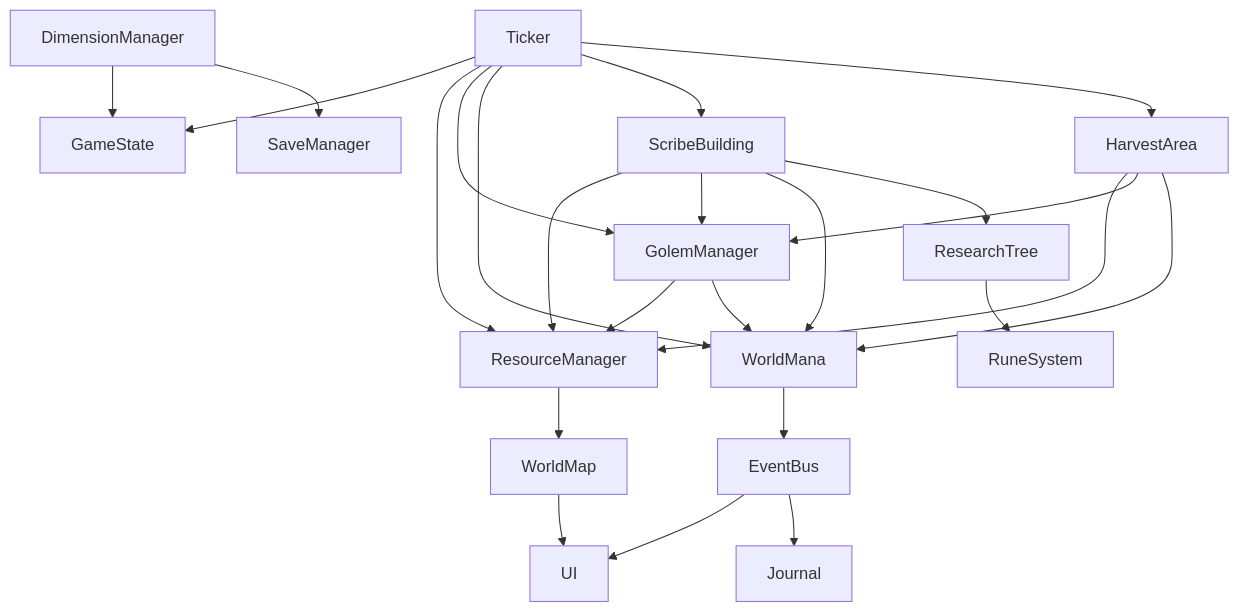
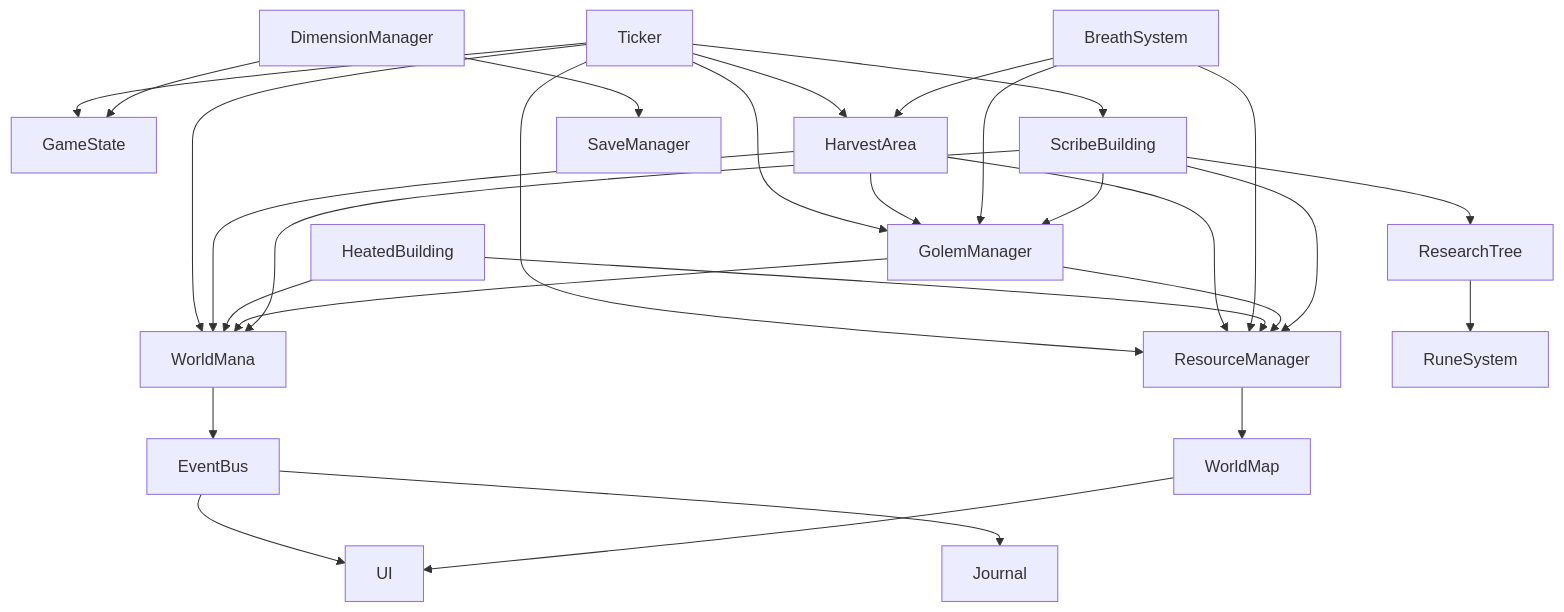
One commit to Fernafalej/IncreMagic-2 changed the diagram in INCREMAGIC_MASTER.md. Above: the diagram before and after it, drawn with Mermaid. The commit also changed other lines of this file and 24 other files, not shown here.

````diff
--- a/INCREMAGIC_MASTER.md
+++ b/INCREMAGIC_MASTER.md
@@ -78,30 +80,37 @@
 ```mermaid
 graph TD
     Ticker --> GameState
     Ticker --> ResourceManager
     Ticker --> GolemManager
     Ticker --> WorldMana
     Ticker --> ScribeBuilding
     Ticker --> HarvestArea
 
     HarvestArea --> ResourceManager
     HarvestArea --> GolemManager
     HarvestArea --> WorldMana
+
+    BreathSystem --> HarvestArea
+    BreathSystem --> ResourceManager
+    BreathSystem --> GolemManager
+
+    HeatedBuilding --> ResourceManager
+    HeatedBuilding --> WorldMana
 
     GolemManager --> ResourceManager
     GolemManager --> WorldMana
     ScribeBuilding --> ResourceManager
     ScribeBuilding --> GolemManager
     ScribeBuilding --> WorldMana
     ScribeBuilding --> ResearchTree
 
     WorldMana --> EventBus
     EventBus --> UI
     EventBus --> Journal
 
     ResearchTree --> RuneSystem
     DimensionManager --> GameState
     DimensionManager --> SaveManager
     ResourceManager --> WorldMap
     WorldMap --> UI
 ```
````
